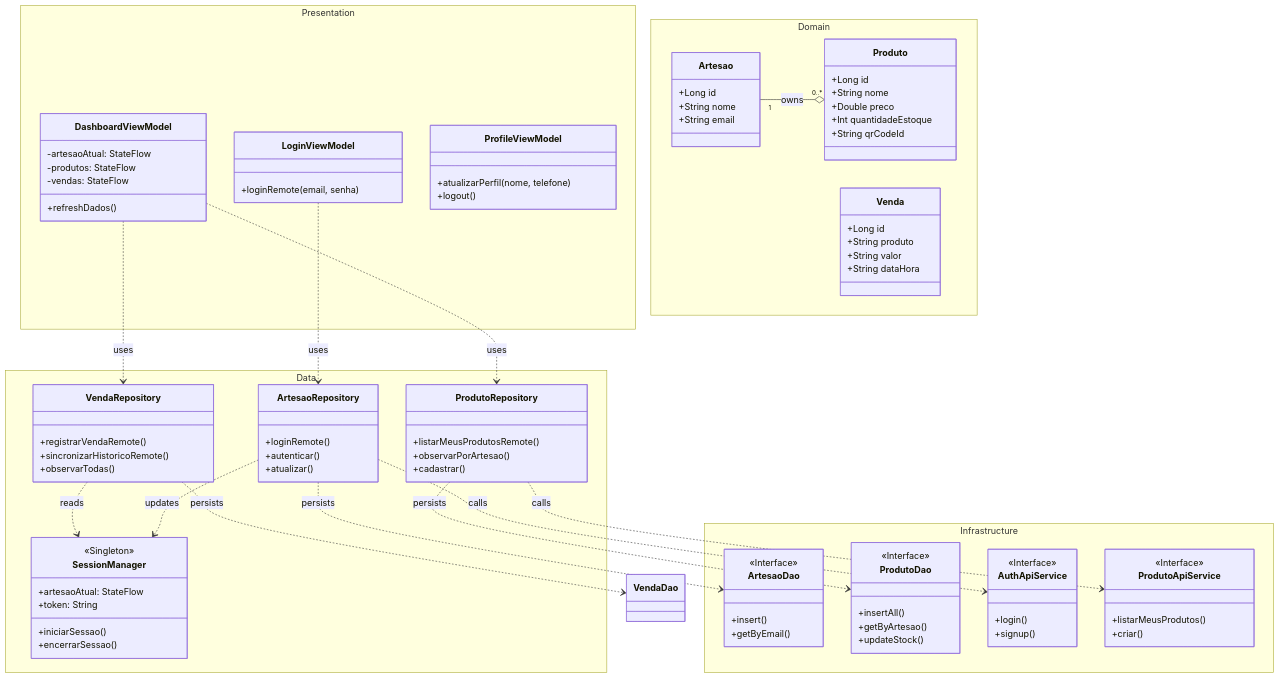
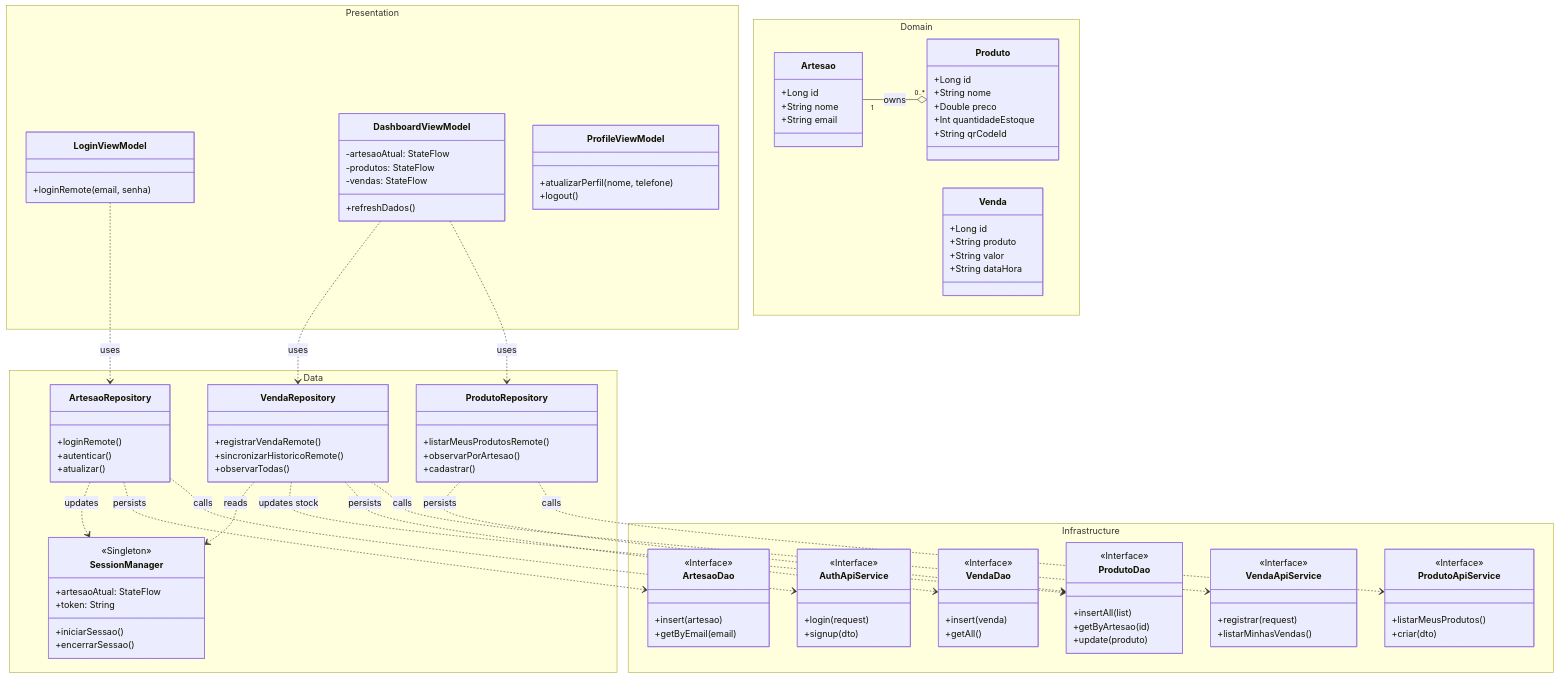
One commit to Guilherme-xDEV/projeto-pdm-app-artesao changed the fourth of 9 diagrams in docs/mermaid_diagrams.md. Above: the diagram before and after it, drawn with Mermaid. The commit also changed other lines of this file and 2 other files, not shown here.

Commit message:
docs: mermaid diagrams

```diff
--- a/docs/mermaid_diagrams.md
+++ b/docs/mermaid_diagrams.md
@@ -81,24 +221,34 @@
     namespace Infrastructure {
         class ArtesaoDao {
             <<Interface>>
-            +insert()
-            +getByEmail()
+            +insert(artesao)
+            +getByEmail(email)
         }
         class ProdutoDao {
             <<Interface>>
-            +insertAll()
-            +getByArtesao()
-            +updateStock()
+            +insertAll(list)
+            +getByArtesao(id)
+            +update(produto)
+        }
+        class VendaDao {
+            <<Interface>>
+            +insert(venda)
+            +getAll()
         }
         class AuthApiService {
             <<Interface>>
-            +login()
-            +signup()
+            +login(request)
+            +signup(dto)
         }
         class ProdutoApiService {
             <<Interface>>
             +listarMeusProdutos()
-            +criar()
+            +criar(dto)
+        }
+        class VendaApiService {
+            <<Interface>>
+            +registrar(request)
+            +listarMinhasVendas()
         }
     }
 
@@ -114,7 +264,9 @@
     ProdutoRepository ..> ProdutoApiService : calls
     ProdutoRepository ..> ProdutoDao : persists
 
+    VendaRepository ..> VendaApiService : calls
     VendaRepository ..> VendaDao : persists
+    VendaRepository ..> ProdutoDao : updates stock
     VendaRepository ..> SessionManager : reads
 
     Artesao "1" --o "0..*" Produto : owns
```
